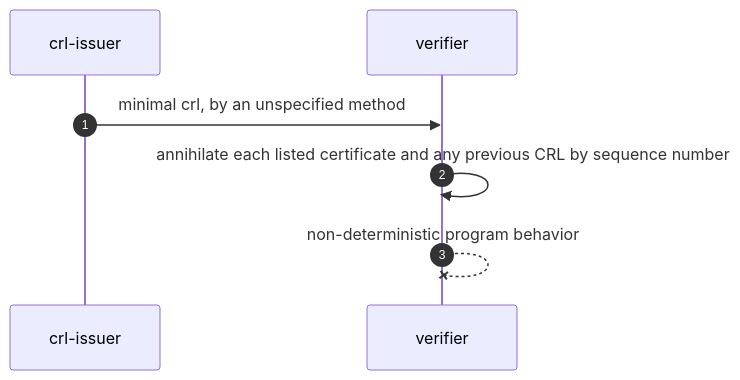
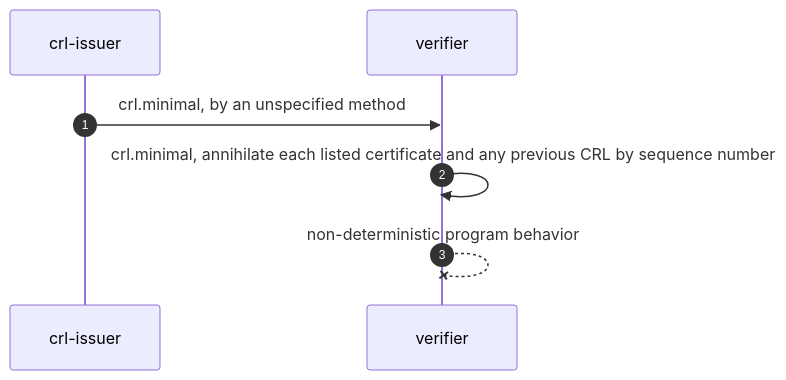
Before and after one commit to m-of-n/library: the tenth of 26 diagrams in records/ietf/rfc-2692/distilled/protocol.md, drawn with Mermaid. The commit also changed other lines of this file and 9 other files, not shown here.

````diff
--- a/records/ietf/rfc-2692/distilled/protocol.md
+++ b/records/ietf/rfc-2692/distilled/protocol.md
@@ -350,9 +362,9 @@
 ```mermaid
 sequenceDiagram
   autonumber
   participant C as crl-issuer
   participant V as verifier
-  C->>V: minimal crl, by an unspecified method
-  V->>V: annihilate each listed certificate and any previous CRL by sequence number
+  C->>V: crl.minimal, by an unspecified method
+  V->>V: crl.minimal, annihilate each listed certificate and any previous CRL by sequence number
   V--xV: non-deterministic program behavior
 ```
````
